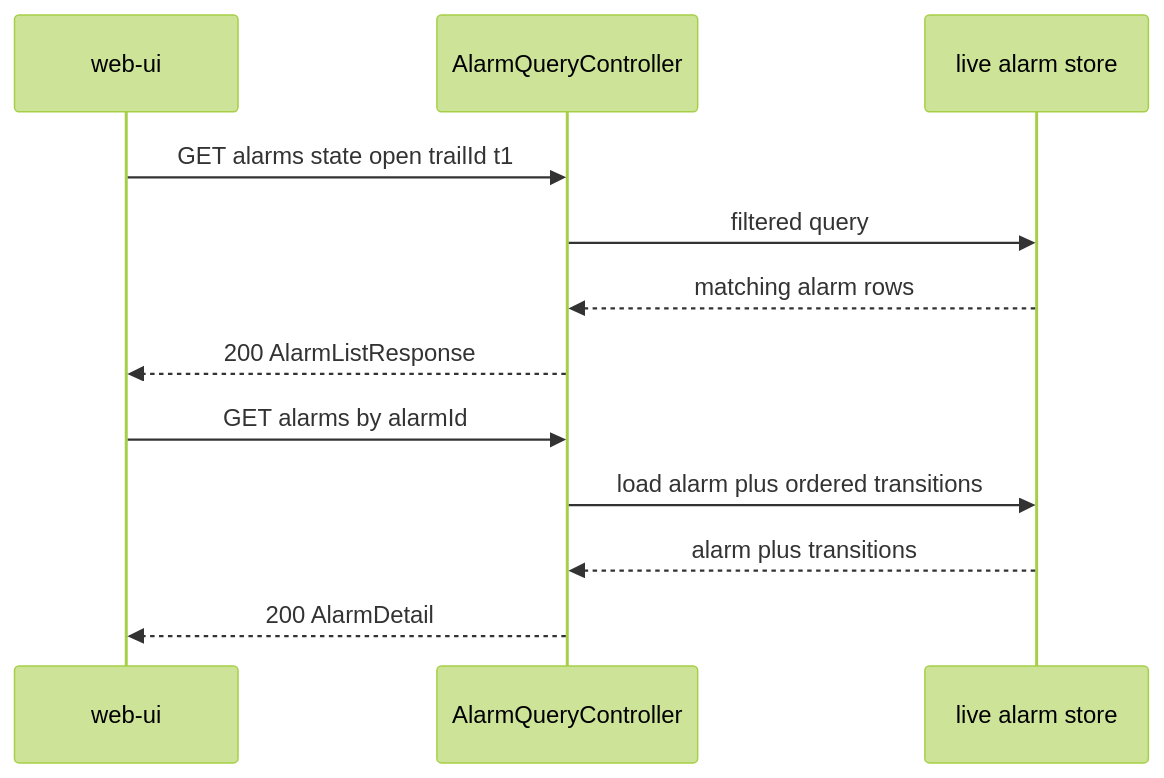
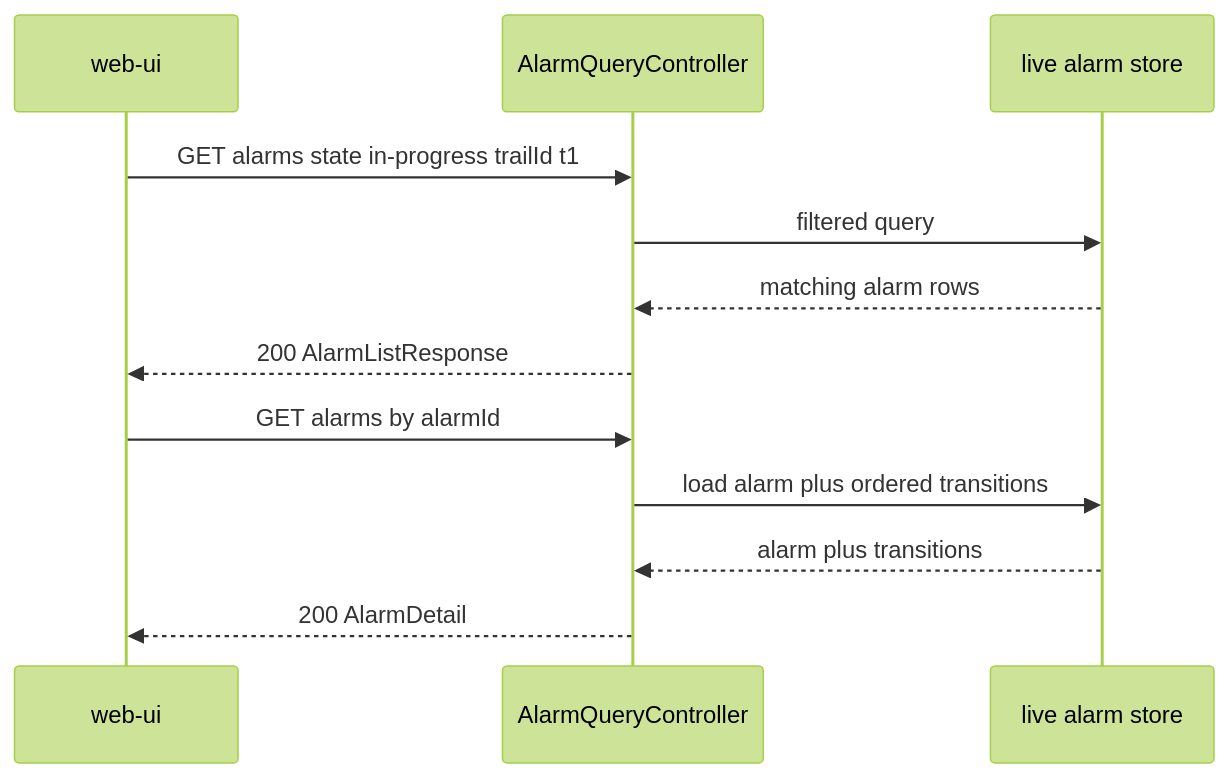
The sixth of 7 diagrams in services/alarm-manager/design.md (nikhilmohan/correlation-platform), drawn with Mermaid (forest theme) before and after one commit. The commit also changed other lines of this file, not shown here.

````diff
--- a/services/alarm-manager/design.md
+++ b/services/alarm-manager/design.md
@@ -341,14 +483,14 @@
 ```mermaid
 sequenceDiagram
   participant UI as web-ui
   participant API as AlarmQueryController
   participant DB as live alarm store
-  UI->>API: GET alarms state open trailId t1
+  UI->>API: GET alarms state in-progress trailId t1
   API->>DB: filtered query
   DB-->>API: matching alarm rows
   API-->>UI: 200 AlarmListResponse
   UI->>API: GET alarms by alarmId
   API->>DB: load alarm plus ordered transitions
   DB-->>API: alarm plus transitions
   API-->>UI: 200 AlarmDetail
 ```
````
